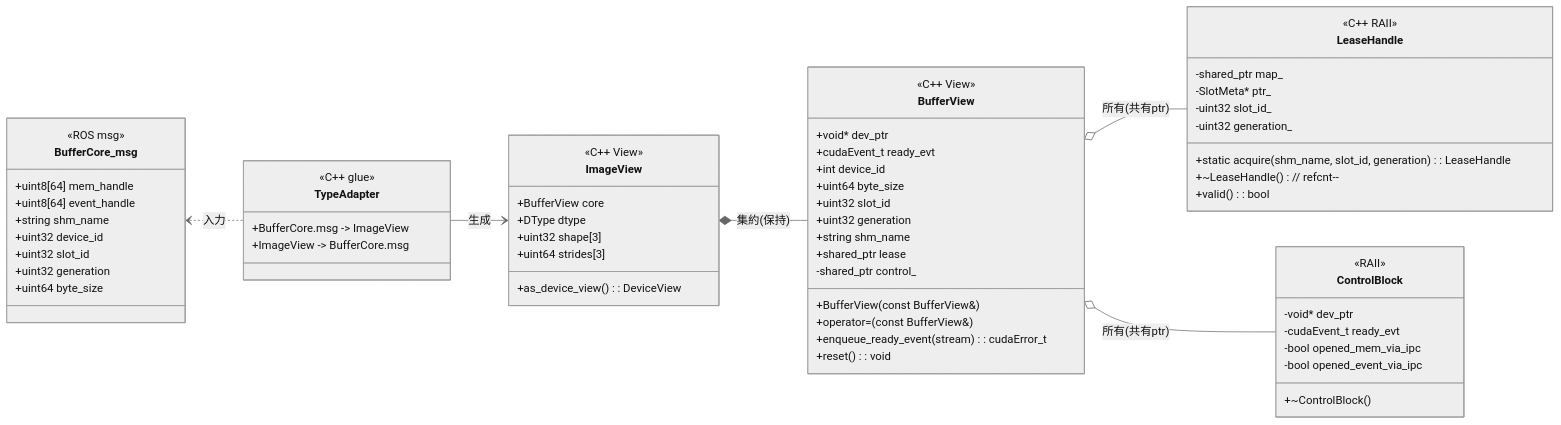
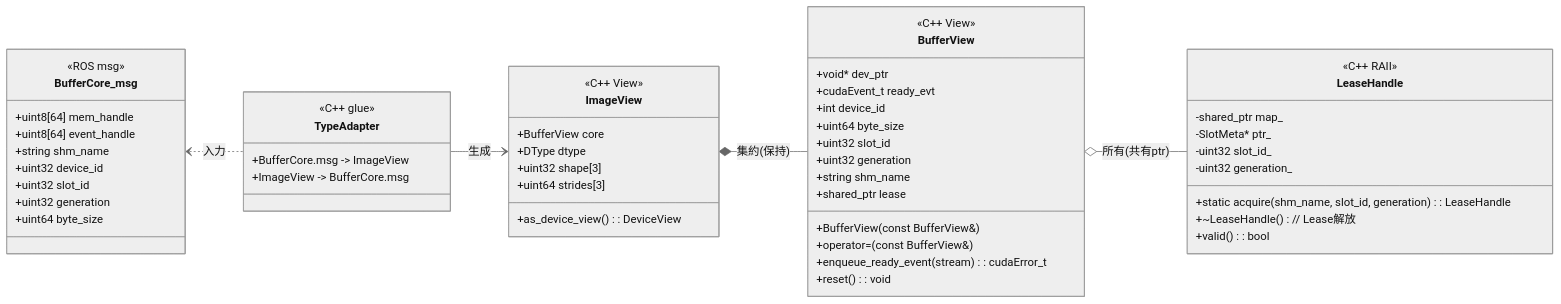
The first of 2 diagrams in doc/lease_handle.md (dskkato/ros2_cuda_ipc), drawn with Mermaid (neutral theme) before and after one commit. The commit also changed other lines of this file and 1 other file, not shown here.

First line of the commit message:
Fix formatting and wording inconsistencies in design and lease handle documentation (#55)

````diff
--- a/doc/lease_handle.md
+++ b/doc/lease_handle.md
@@ -321,73 +327,62 @@
 ```mermaid
 classDiagram
   direction LR
 
   class BufferCore_msg {
     <<ROS msg>>
     +uint8[64] mem_handle
     +uint8[64] event_handle
     +string    shm_name
     +uint32    device_id
     +uint32    slot_id
     +uint32    generation
     +uint64    byte_size
   }
 
   class LeaseHandle {
     <<C++ RAII>>
     -shared_ptr<Mapping> map_
     -SlotMeta* ptr_
     -uint32 slot_id_
     -uint32 generation_
     +static acquire(shm_name, slot_id, generation) : LeaseHandle
-    +~LeaseHandle()  // refcnt--
+    +~LeaseHandle()  // Lease解放
     +valid() : bool
   }
 
   class BufferView {
     <<C++ View>>
     +void*       dev_ptr
     +cudaEvent_t ready_evt
     +int         device_id
     +uint64      byte_size
     +uint32      slot_id
     +uint32      generation
     +string      shm_name
     +shared_ptr<LeaseHandle> lease
     +BufferView(const BufferView&)
     +operator=(const BufferView&)
     +enqueue_ready_event(stream) : cudaError_t
     +reset() : void
-    -shared_ptr<ControlBlock> control_
   }
 
   class ImageView {
     <<C++ View>>
     +BufferView core
     +DType dtype
     +uint32 shape[3]
     +uint64 strides[3]
     +as_device_view() : DeviceView
   }
 
   class TypeAdapter {
     <<C++ glue>>
     +BufferCore.msg -> ImageView
     +ImageView -> BufferCore.msg
   }
 
-  class ControlBlock {
-    <<RAII>>
-    -void* dev_ptr
-    -cudaEvent_t ready_evt
-    -bool opened_mem_via_ipc
-    -bool opened_event_via_ipc
-    +~ControlBlock()
-  }
-
   BufferCore_msg <.. TypeAdapter : 入力
   TypeAdapter --> ImageView : 生成
   ImageView *-- BufferView : 集約(保持)
   BufferView o-- LeaseHandle : 所有(共有ptr)
-  BufferView o-- ControlBlock : 所有(共有ptr)
 ```
````
